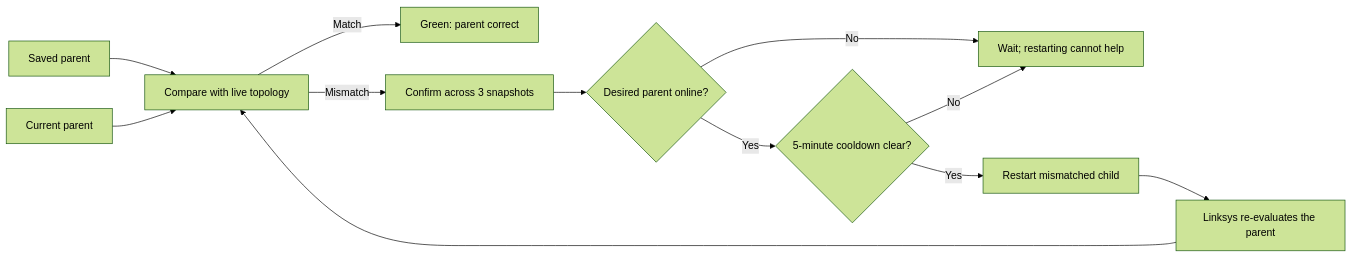
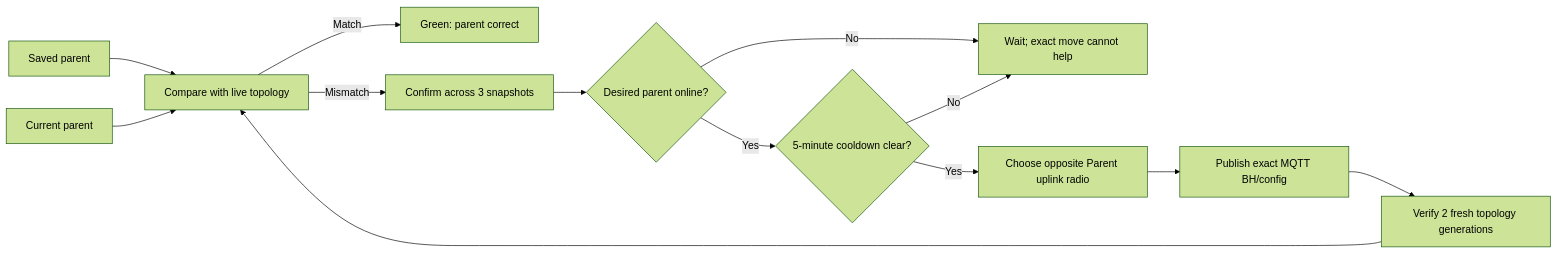
One commit to chinawrj/linksys-meshscope changed the second of 2 diagrams in README.md. Above: the diagram before and after it, drawn with Mermaid (forest theme). The commit also changed other lines of this file and 20 other files, not shown here.

````diff
--- a/README.md
+++ b/README.md
@@ -168,14 +166,15 @@
 ```mermaid
 flowchart LR
     Desired["Saved parent"] --> Compare["Compare with live topology"]
     Current["Current parent"] --> Compare
     Compare -->|"Match"| Healthy["Green: parent correct"]
     Compare -->|"Mismatch"| Confirm["Confirm across 3 snapshots"]
     Confirm --> Parent{"Desired parent online?"}
-    Parent -->|"No"| Wait["Wait; restarting cannot help"]
+    Parent -->|"No"| Wait["Wait; exact move cannot help"]
     Parent -->|"Yes"| Cooldown{"5-minute cooldown clear?"}
     Cooldown -->|"No"| Wait
-    Cooldown -->|"Yes"| Restart["Restart mismatched child"]
-    Restart --> Linksys["Linksys re-evaluates the parent"]
-    Linksys --> Compare
+    Cooldown -->|"Yes"| Radio["Choose opposite Parent uplink radio"]
+    Radio --> MQTT["Publish exact MQTT BH/config"]
+    MQTT --> Verify["Verify 2 fresh topology generations"]
+    Verify --> Compare
 ```
````
